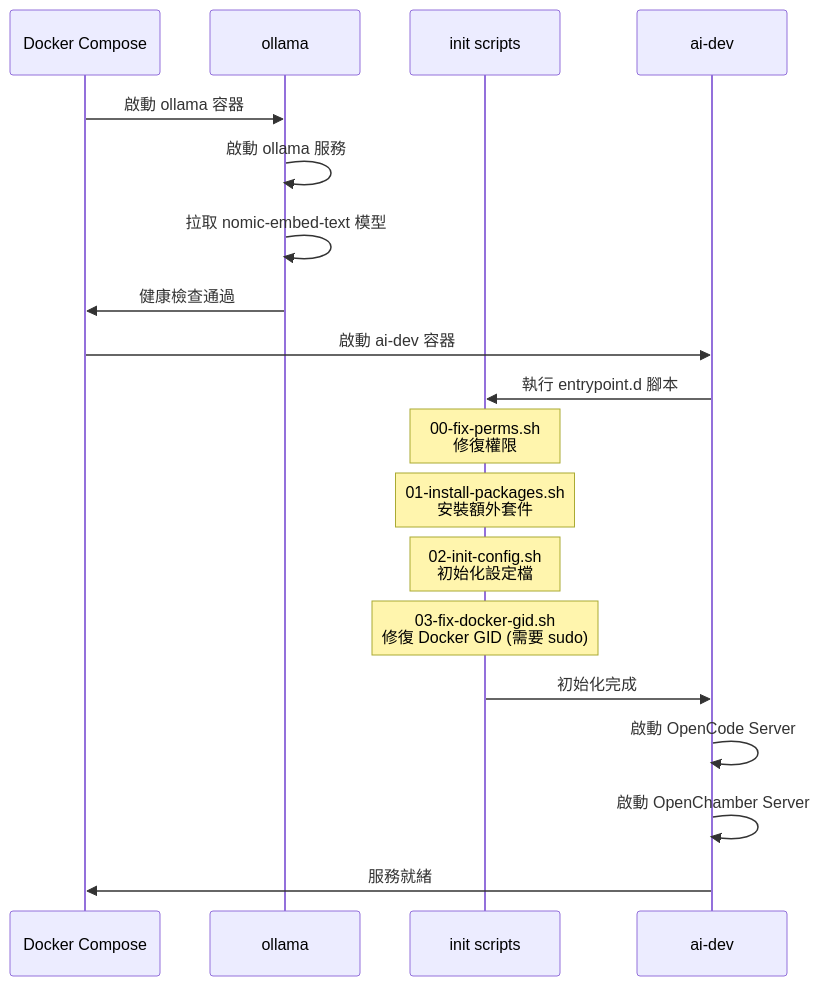
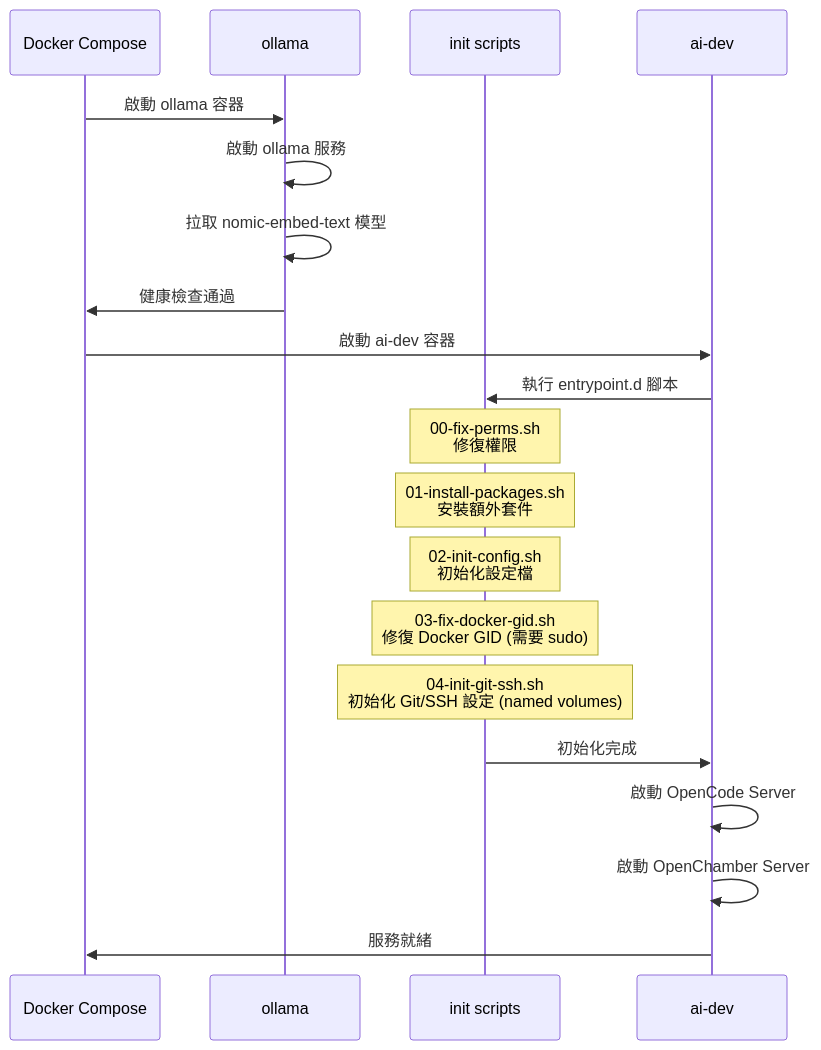
The tenth of 12 diagrams in docs/ARCHITECTURE.md (tryweb/ai-engkit), drawn with Mermaid before and after one commit. The commit also changed other lines of this file and 1 other file, not shown here.

First line of the commit message:
docs: update architecture and troubleshooting docs for v0.5.0

````diff
--- a/docs/ARCHITECTURE.md
+++ b/docs/ARCHITECTURE.md
@@ -328,28 +339,30 @@
 ```mermaid
 sequenceDiagram
     participant D as Docker Compose
     participant O as ollama
     participant I as init scripts
     participant A as ai-dev
 
     D->>O: 啟動 ollama 容器
     O->>O: 啟動 ollama 服務
     O->>O: 拉取 nomic-embed-text 模型
     O->>D: 健康檢查通過
     
     D->>A: 啟動 ai-dev 容器
     A->>I: 執行 entrypoint.d 腳本
     
     Note over I: 00-fix-perms.sh<br/>修復權限
     
     Note over I: 01-install-packages.sh<br/>安裝額外套件
     
     Note over I: 02-init-config.sh<br/>初始化設定檔
     
     Note over I: 03-fix-docker-gid.sh<br/>修復 Docker GID (需要 sudo)
+
+    Note over I: 04-init-git-ssh.sh<br/>初始化 Git/SSH 設定 (named volumes)
     
     I->>A: 初始化完成
     A->>A: 啟動 OpenCode Server
     A->>A: 啟動 OpenChamber Server
     A->>D: 服務就緒
 ```
````
